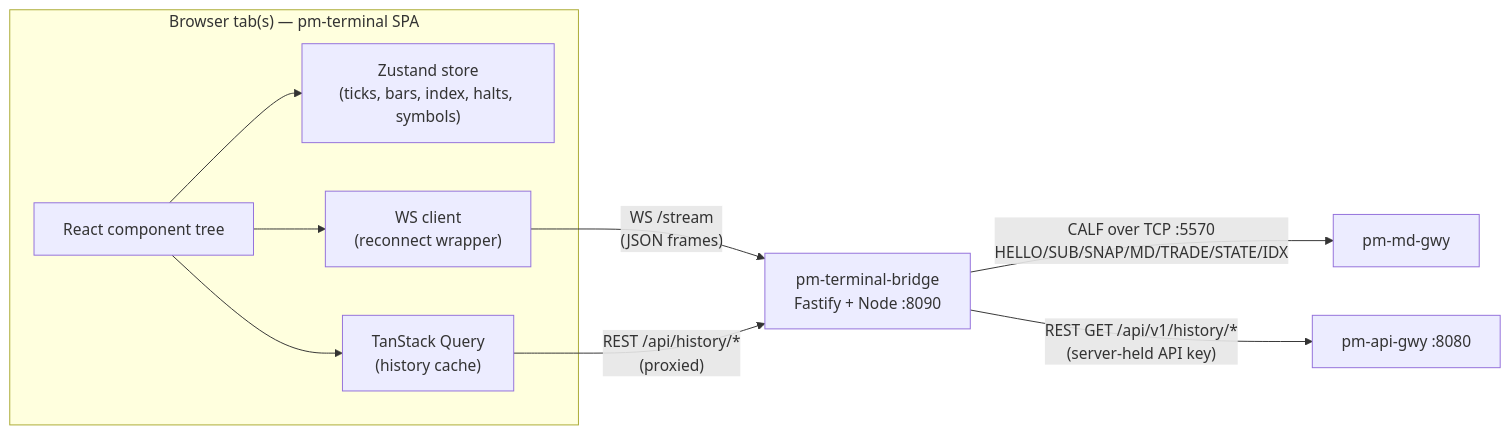
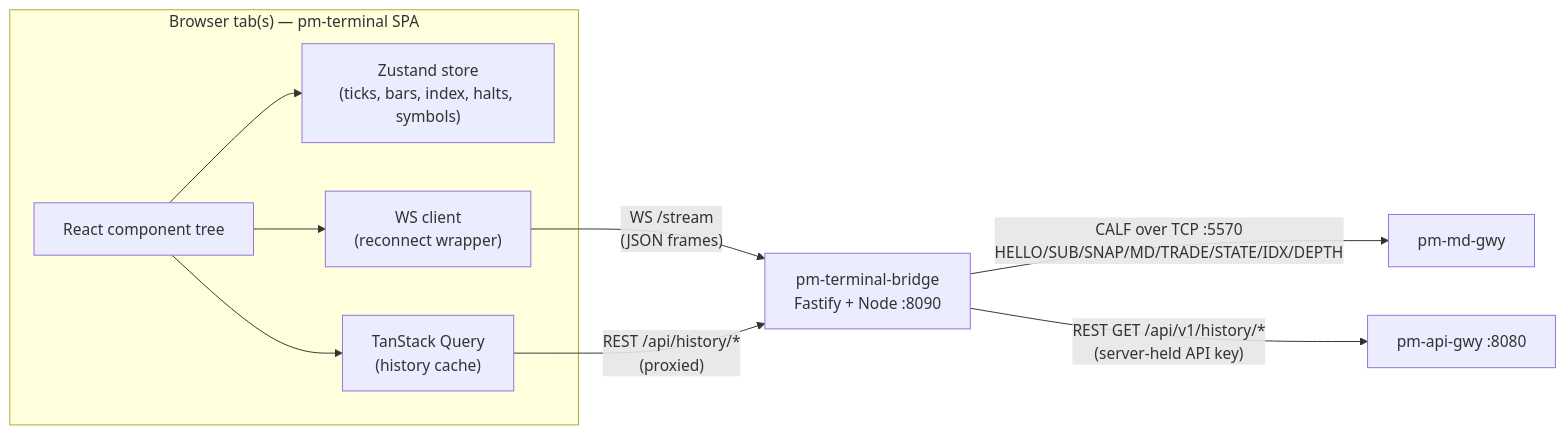
One commit to johan162/EduMatcher changed the diagram in docs-design/EduMatcher-Terminal-GUI.md. Above: the diagram before and after it, drawn with Mermaid. The commit also changed other lines of this file, not shown here.

Commit message:
docs(design): updated design with using the latest CALF protocol revision with better index and depth support (including SYM=*) subscriptions

````diff
--- a/docs-design/EduMatcher-Terminal-GUI.md
+++ b/docs-design/EduMatcher-Terminal-GUI.md
@@ -344,18 +361,18 @@
 ```mermaid
 flowchart LR
     subgraph Browser["Browser tab(s) — pm-terminal SPA"]
         REACT["React component tree"]
         ZUSTAND["Zustand store\n(ticks, bars, index, halts, symbols)"]
         TQ["TanStack Query\n(history cache)"]
         WS["WS client\n(reconnect wrapper)"]
         REACT --> ZUSTAND
         REACT --> TQ
         REACT --> WS
     end
 
     WS -->|"WS /stream\n(JSON frames)"| BRIDGE["pm-terminal-bridge\nFastify + Node :8090"]
     TQ -->|"REST /api/history/*\n(proxied)"| BRIDGE
 
-    BRIDGE -->|"CALF over TCP :5570\nHELLO/SUB/SNAP/MD/TRADE/STATE/IDX"| MDGWY["pm-md-gwy"]
+    BRIDGE -->|"CALF over TCP :5570\nHELLO/SUB/SNAP/MD/TRADE/STATE/IDX/DEPTH"| MDGWY["pm-md-gwy"]
     BRIDGE -->|"REST GET /api/v1/history/*\n(server-held API key)"| APIGWY["pm-api-gwy :8080"]
 ```
````
